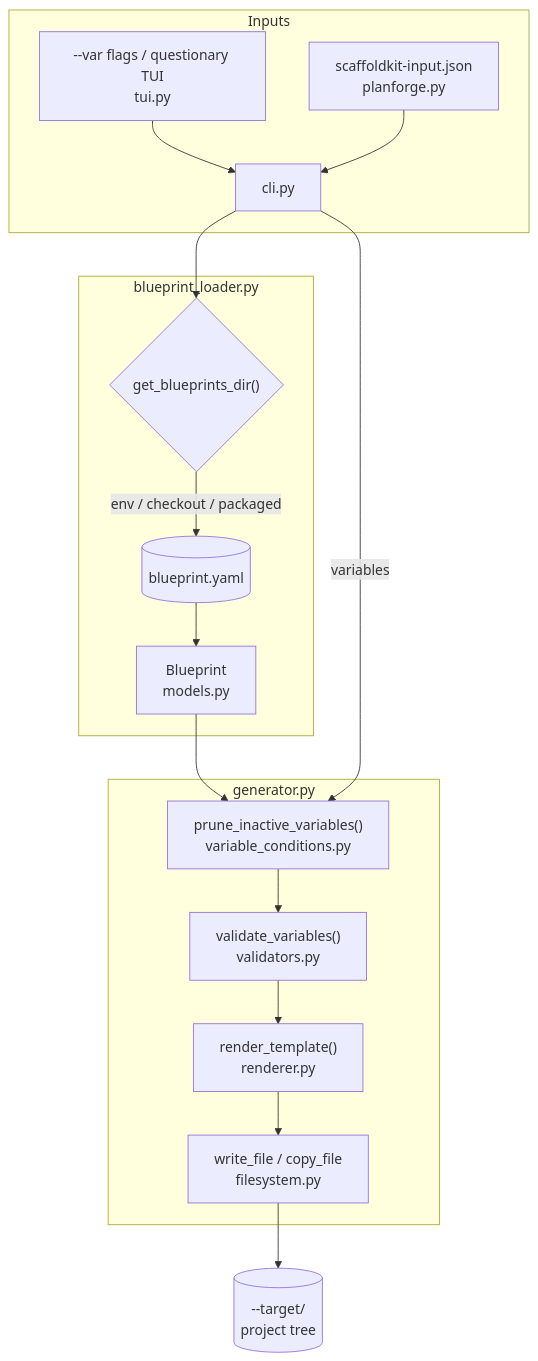
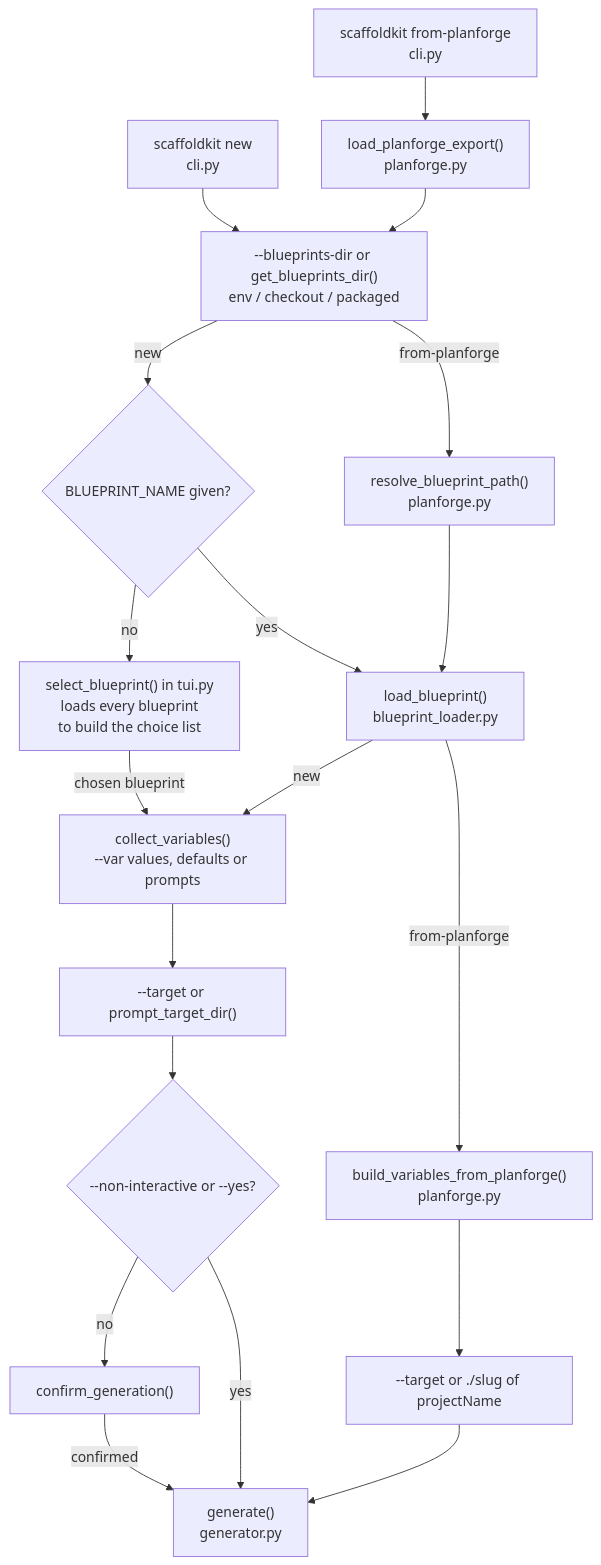
The first of 2 diagrams in docs/architecture.md (LanNguyenSi/scaffoldkit), drawn with Mermaid before and after one commit. The commit also changed other lines of this file and 7 other files, not shown here.

First line of the commit message:
docs: correct architecture, CLI and planforge integration docs against the generator (#84)

````diff
--- a/docs/architecture.md
+++ b/docs/architecture.md
@@ -42,35 +50,21 @@
 ```mermaid
 flowchart TD
-    subgraph Inputs["Inputs"]
-        A["--var flags / questionary TUI<br/>tui.py"]
-        B["scaffoldkit-input.json<br/>planforge.py"]
-        C["cli.py"]
-    end
-
-    subgraph Loader["blueprint_loader.py"]
-        D{"get_blueprints_dir()"}
-        E[("blueprint.yaml")]
-        F["Blueprint<br/>models.py"]
-    end
-
-    subgraph Engine["generator.py"]
-        G["prune_inactive_variables()<br/>variable_conditions.py"]
-        H["validate_variables()<br/>validators.py"]
-        I["render_template()<br/>renderer.py"]
-        J["write_file / copy_file<br/>filesystem.py"]
-    end
-
-    K[("--target/<br/>project tree")]
-
-    A --> C
-    B --> C
-    C --> D
-    D -->|"env / checkout / packaged"| E
-    E --> F
-    F --> G
-    C -->|variables| G
-    G --> H
-    H --> I
-    I --> J
-    J --> K
+    NEW["scaffoldkit new<br/>cli.py"] --> BPD["--blueprints-dir or get_blueprints_dir()<br/>env / checkout / packaged"]
+    PF["scaffoldkit from-planforge<br/>cli.py"] --> EXP["load_planforge_export()<br/>planforge.py"]
+    EXP --> BPD
+    BPD -->|new| PICK{"BLUEPRINT_NAME given?"}
+    BPD -->|from-planforge| RES["resolve_blueprint_path()<br/>planforge.py"]
+    PICK -->|no| SEL["select_blueprint() in tui.py<br/>loads every blueprint<br/>to build the choice list"]
+    PICK -->|yes| LOAD["load_blueprint()<br/>blueprint_loader.py"]
+    RES --> LOAD
+    LOAD -->|new| COLLECT["collect_variables()<br/>--var values, defaults or prompts"]
+    SEL -->|chosen blueprint| COLLECT
+    COLLECT --> TARGET["--target or prompt_target_dir()"]
+    TARGET --> CONFIRM{"--non-interactive or --yes?"}
+    CONFIRM -->|no| ASK["confirm_generation()"]
+    LOAD -->|from-planforge| MAP["build_variables_from_planforge()<br/>planforge.py"]
+    MAP --> PTGT["--target or ./slug of projectName"]
+    CONFIRM -->|yes| GEN["generate()<br/>generator.py"]
+    ASK -->|confirmed| GEN
+    PTGT --> GEN
 ```
````
